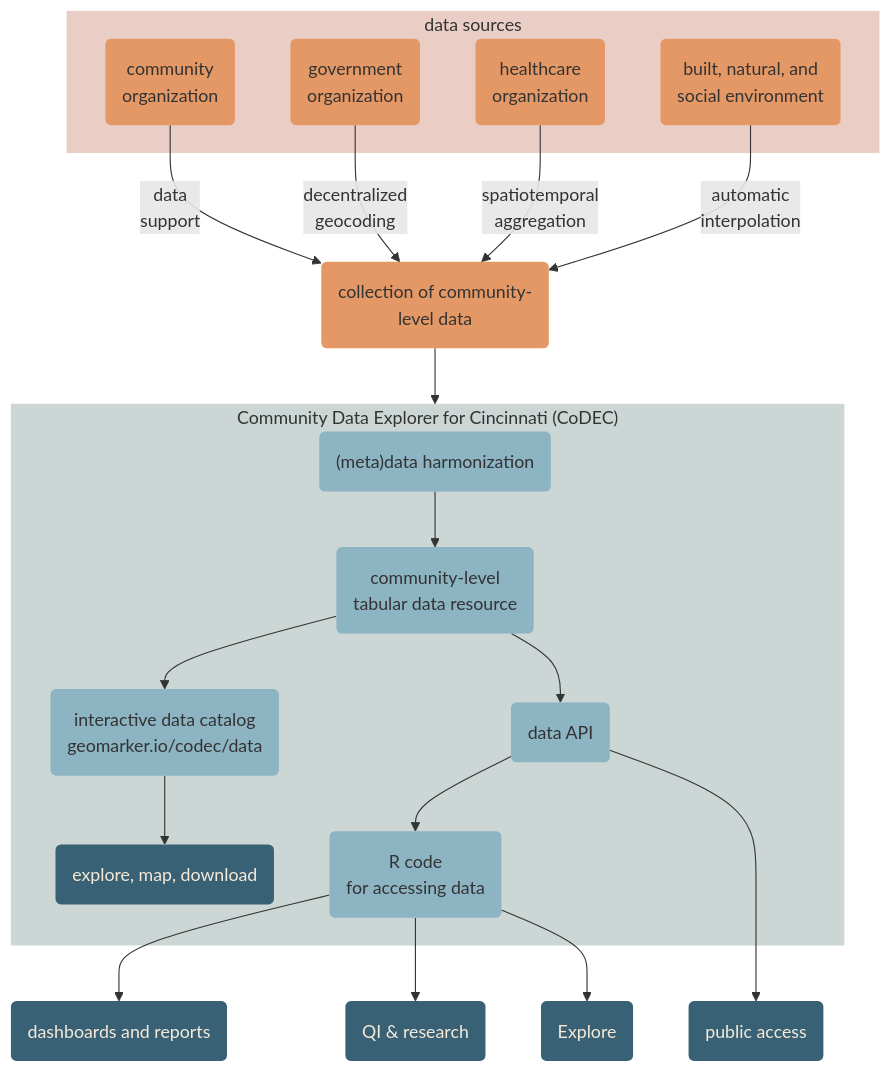
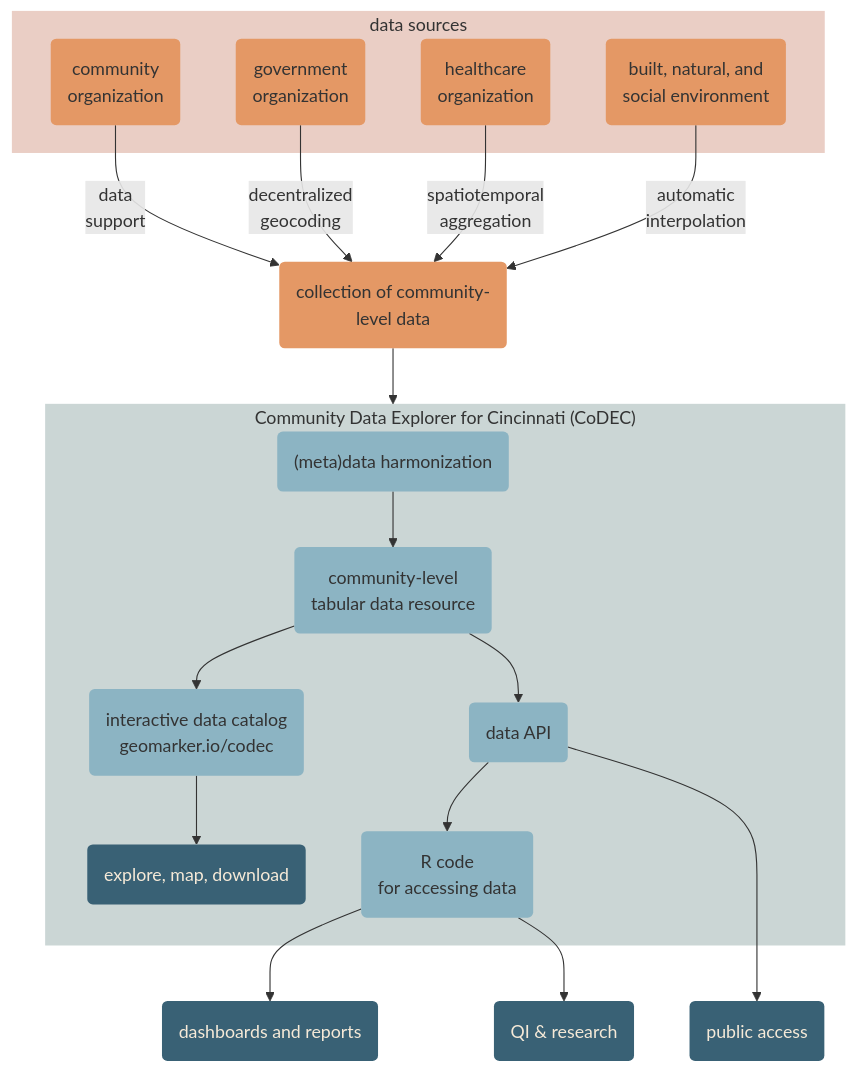
Before and after one commit to geomarker-io/codec: the diagram in man/figures/codec_overview.mmd, drawn with Mermaid. The commit also changed 3 other files, not shown here.

Commit message:
figure fixes

```diff
--- a/man/figures/codec_overview.mmd
+++ b/man/figures/codec_overview.mmd
@@ -1,43 +1,42 @@
 %%{init: { "fontFamily": "arial" } }%%
 
 flowchart TD
 
 classDef I fill:#E49865,stroke:#333,stroke-width:0px;
 classDef II fill:#EACEC5,stroke:#333,stroke-width:0px;
 classDef III fill:#CBD6D5,stroke:#333,stroke-width:0px;
 classDef IIII fill:#8CB4C3,stroke:#333,stroke-width:0px;
 classDef V fill:#396175,color:#F6EAD8,stroke:#333,stroke-width:0px;
 
 subgraph source-box [data sources]
     org(community \norganization):::I
     jfs(government \n organization):::I
     cchmc("healthcare \n organization"):::I
     acs("built, natural, and \n social environment"):::I
 end
 class source-box II
 
 stage(collection of community-\nlevel data):::I
 
 org --> |"data \n support"| stage
 jfs --> |decentralized \n geocoding| stage
 cchmc --> |spatiotemporal \n aggregation| stage
 acs --> |automatic \n interpolation| stage
 stage --> codec-box
 
 subgraph codec-box ["Community Data Explorer for Cincinnati (CoDEC)"]
     ingest("(meta)data harmonization"):::IIII
     data(community-level \n tabular data resource):::IIII
-    data-catalog("interactive data catalog\n geomarker.io/codec/data"):::IIII
+    data-catalog("interactive data catalog\n geomarker.io/codec"):::IIII
     ingest --> data
     data --> data-catalog
     data --> api(data API):::IIII
     api --> bindings(R code \n for accessing data):::IIII
     data-catalog --> download(explore, map, download):::V
 end
 
 class codec-box III
 
 bindings --> dashboard("dashboards and reports"):::V
 bindings --> qr(QI & research):::V
-bindings --> shiny-codec("Explore"):::V
 api ---> anywhere(public access):::V
```
